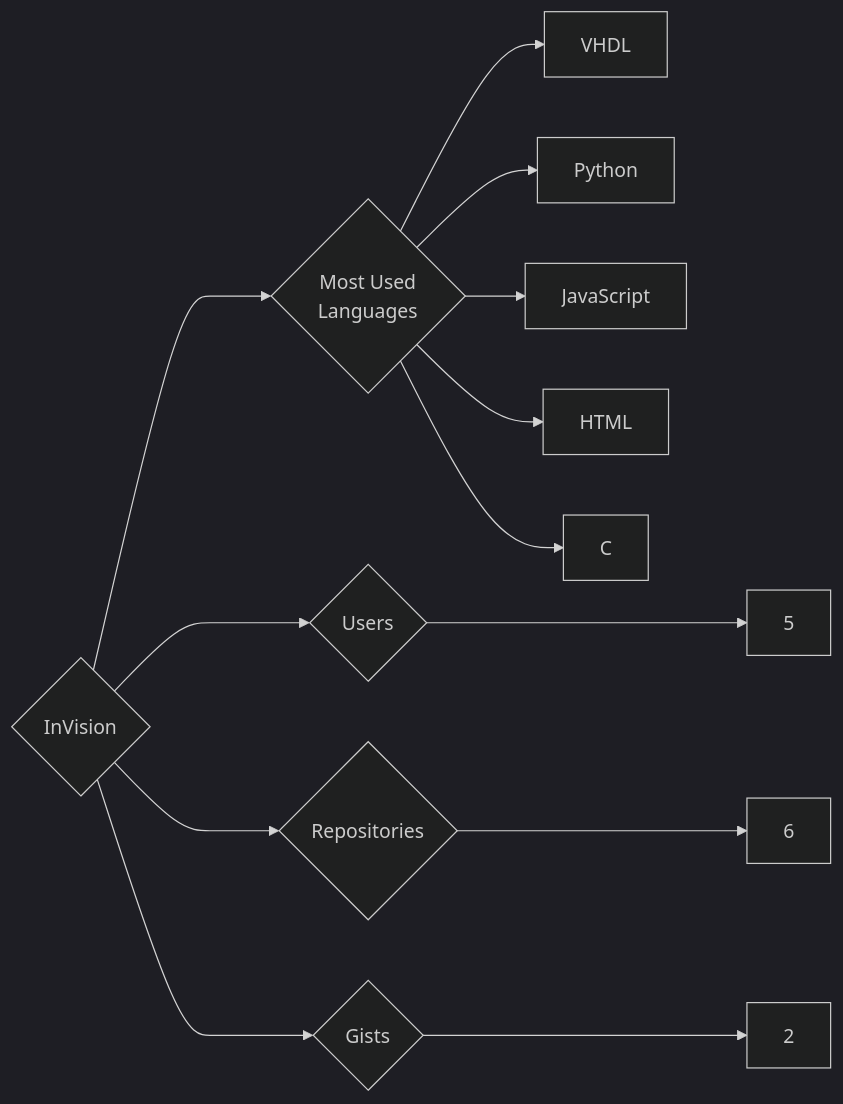
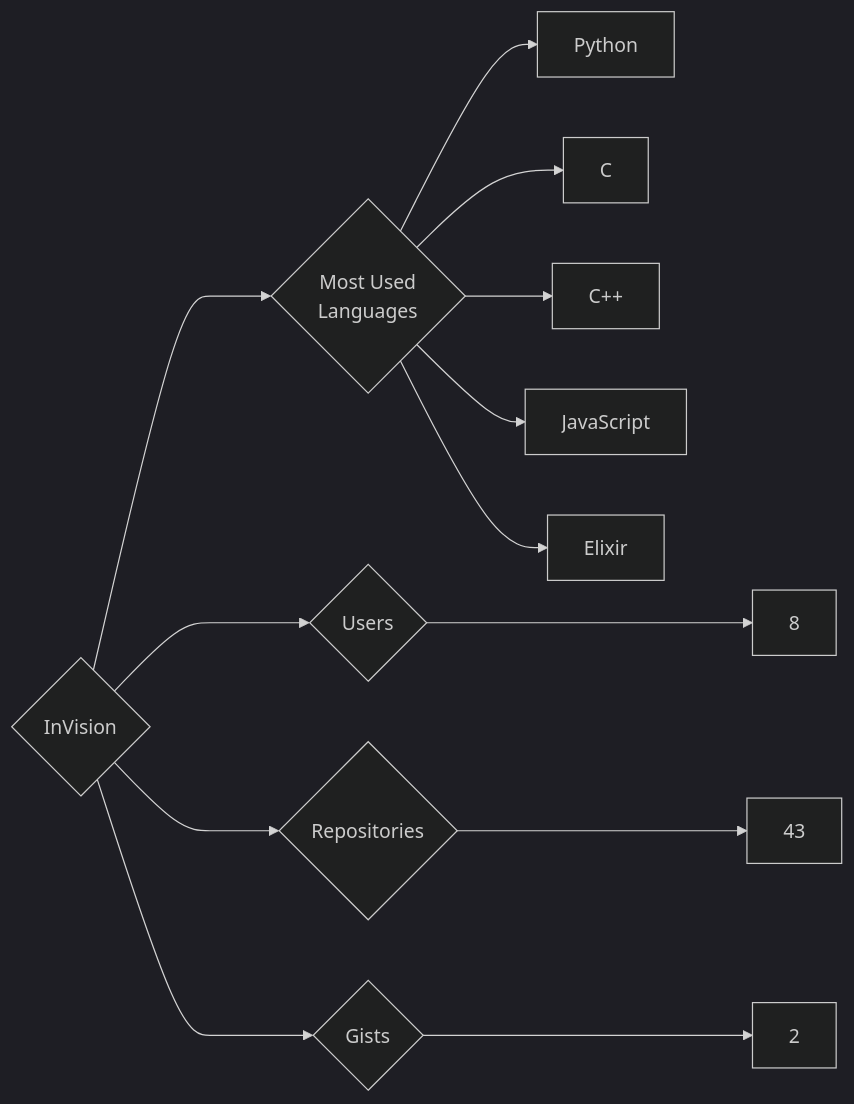
The diagram in targets/InVision/README.md (trickest/insiders), drawn with Mermaid (dark theme) before and after one commit. The commit also changed 933 other files, not shown here.

````diff
--- a/targets/InVision/README.md
+++ b/targets/InVision/README.md
@@ -3,13 +3,13 @@
 ```mermaid
 graph LR
 COMPANY_NAME{InVision}
-COMPANY_NAME ---> U{Users} ---> UN[5]
-COMPANY_NAME ---> R{Repositories} ---> RN[6]
+COMPANY_NAME ---> U{Users} ---> UN[8]
+COMPANY_NAME ---> R{Repositories} ---> RN[43]
 COMPANY_NAME ---> G{Gists} ---> GN[2]
 COMPANY_NAME ---> ML{Most Used<br>Languages}
-ML --> VHDL[VHDL]
 ML --> Python[Python]
+ML --> C[C]
+ML --> C++[C++]
 ML --> JavaScript[JavaScript]
-ML --> HTML[HTML]
-ML --> C[C]
+ML --> Elixir[Elixir]
 ```
````
